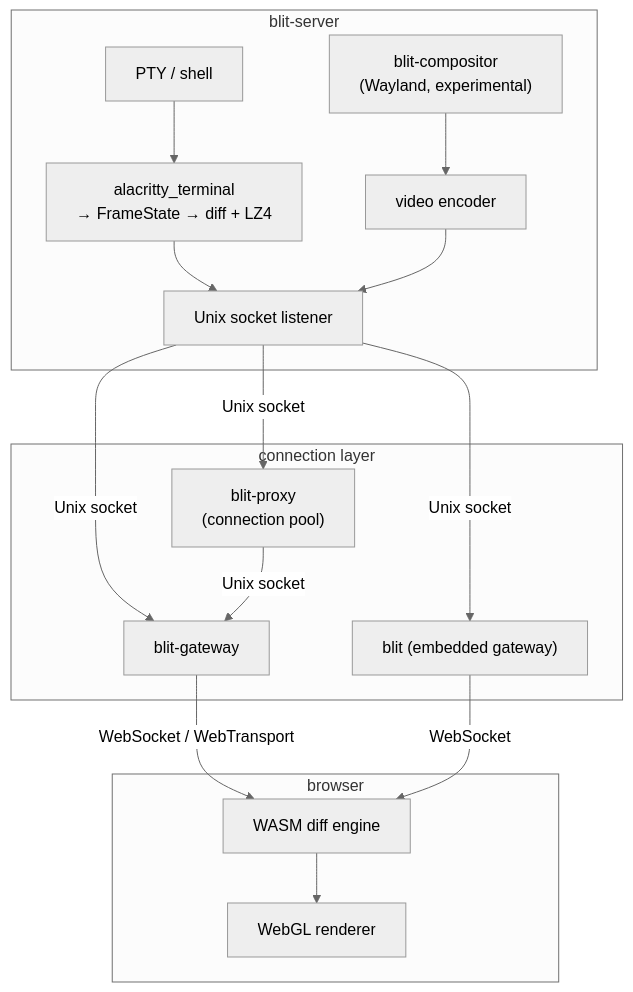
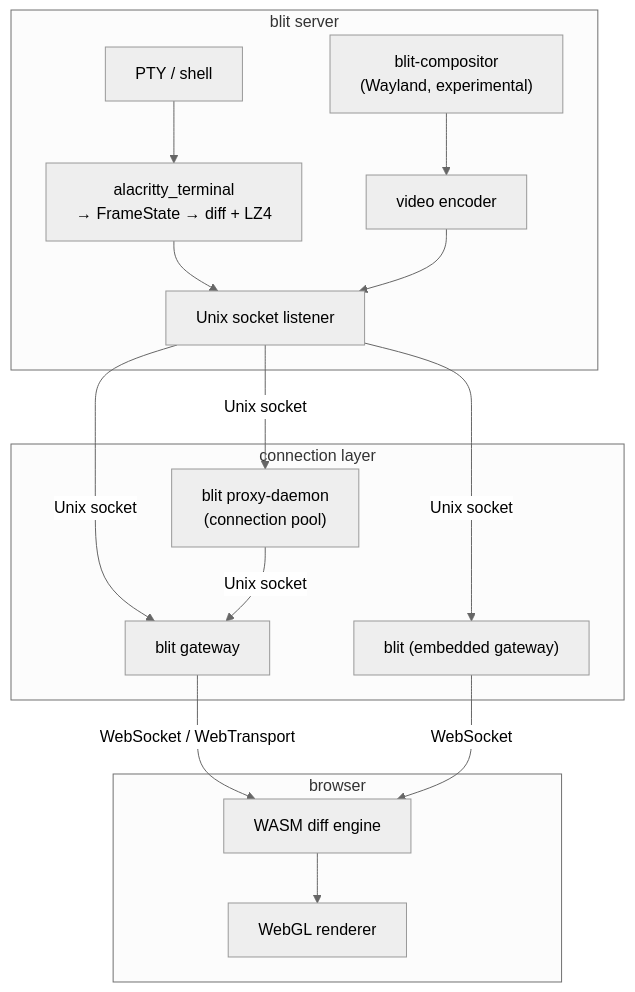
One commit to indent-com/blit changed the first of 11 diagrams in ARCHITECTURE.md. Above: the diagram before and after it, drawn with Mermaid (neutral theme). The commit also changed other lines of this file and 101 other files, not shown here.

````diff
--- a/ARCHITECTURE.md
+++ b/ARCHITECTURE.md
@@ -16,34 +16,34 @@
 ```mermaid
 graph TB
-    subgraph server["blit-server"]
+    subgraph server["blit server"]
         PTY["PTY / shell"]
         COMP["blit-compositor\n(Wayland, experimental)"]
         PARSE["alacritty_terminal\n→ FrameState → diff + LZ4"]
         ENC["video encoder"]
         SOCK["Unix socket listener"]
         PTY --> PARSE
         COMP --> ENC
         PARSE --> SOCK
         ENC --> SOCK
     end
 
     subgraph connlayer["connection layer"]
-        GW["blit-gateway"]
+        GW["blit gateway"]
         CLI["blit (embedded gateway)"]
-        PROXY["blit-proxy\n(connection pool)"]
+        PROXY["blit proxy-daemon\n(connection pool)"]
     end
 
     SOCK -->|Unix socket| GW
     SOCK -->|Unix socket| CLI
     SOCK -->|Unix socket| PROXY
 
     subgraph browser["browser"]
         WASM["WASM diff engine"]
         GL["WebGL renderer"]
         WASM --> GL
     end
 
     GW -->|WebSocket / WebTransport| WASM
     CLI -->|WebSocket| WASM
     PROXY -->|Unix socket| GW
 ```
````
